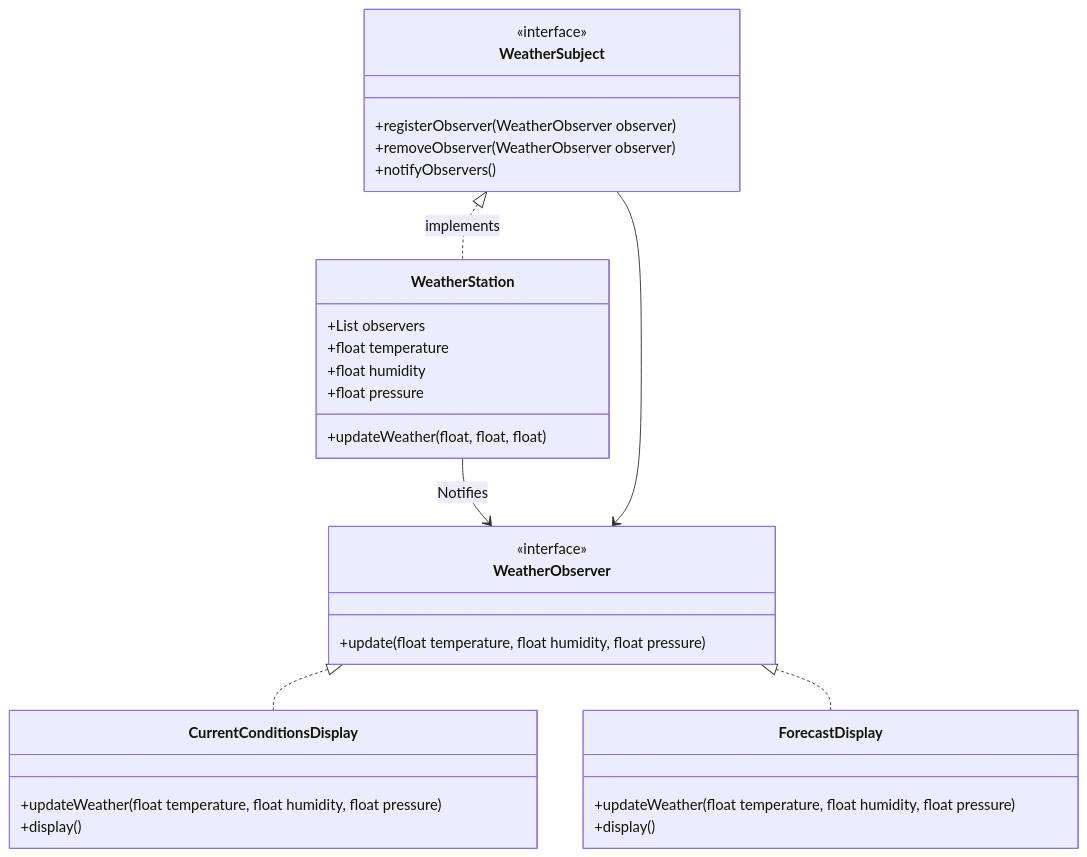
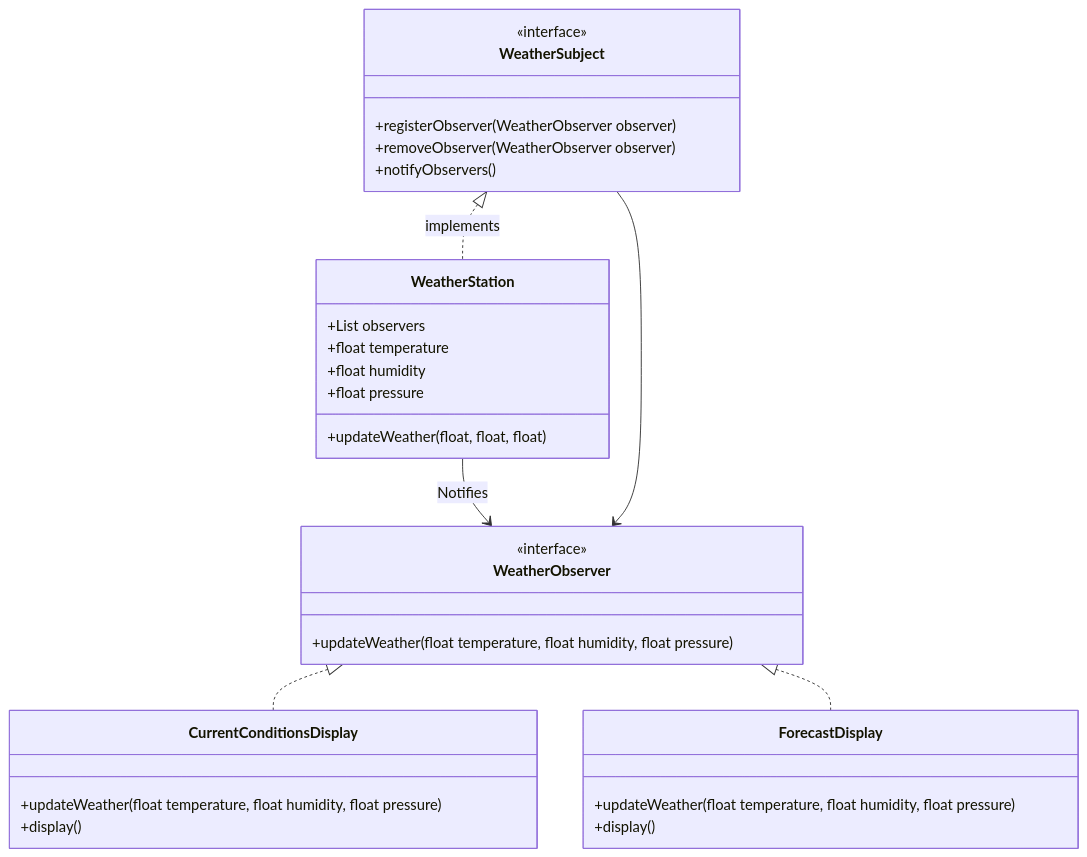
The diagram in Lab-5/ObserverDesignPattern.md (tdoug19/ENSE_370_Lab), drawn with Mermaid before and after one commit. The commit also changed other lines of this file, not shown here.

Commit message:
Modified UML diagram

````diff
--- a/Lab-5/ObserverDesignPattern.md
+++ b/Lab-5/ObserverDesignPattern.md
@@ -29,39 +29,39 @@
 ```mermaid
 classDiagram 
     
     class WeatherSubject {
         <<interface>>
         +registerObserver(WeatherObserver observer)
         +removeObserver(WeatherObserver observer)
         +notifyObservers()
     }
 
     class WeatherObserver {
         <<interface>>
-        +update(float temperature, float humidity, float pressure)
+        +updateWeather(float temperature, float humidity, float pressure)
     }
 
     class WeatherStation {
         +List<Observer> observers
         +float temperature
         +float humidity
         +float pressure
         +updateWeather(float, float, float)
     }
 
     class CurrentConditionsDisplay {
         +updateWeather(float temperature, float humidity, float pressure)
         +display()
     }
 
     class ForecastDisplay {
         +updateWeather(float temperature, float humidity, float pressure)
         +display()
     }
     WeatherObserver <-- WeatherSubject
     WeatherSubject <|.. WeatherStation : implements
     WeatherObserver <|.. CurrentConditionsDisplay
     WeatherObserver <|.. ForecastDisplay
     WeatherStation --> WeatherObserver : Notifies
 
 ```
````
